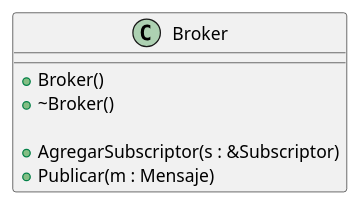
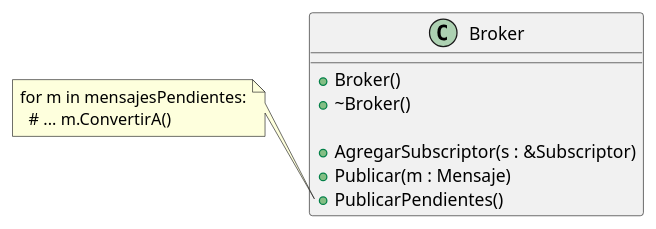
Before and after one commit to diegosanchez/invap-modulo-uml: the diagram in diagramas/clases/clase_broker.plantuml, drawn with PlantUML. The commit also changed 11 other files, not shown here.

```diff
--- a/diagramas/clases/clase_broker.plantuml
+++ b/diagramas/clases/clase_broker.plantuml
@@ -1,12 +1,18 @@
 @startuml
 
 class Broker {
 
         + Broker() 
         + ~Broker()
 
         + AgregarSubscriptor(s : &Subscriptor)
         + Publicar(m : Mensaje)
+        + PublicarPendientes()
 }
 
+note left of Broker::PublicarPendientes
+for m in mensajesPendientes:
+  # ... m.ConvertirA()
+end note
+
 @enduml
```
